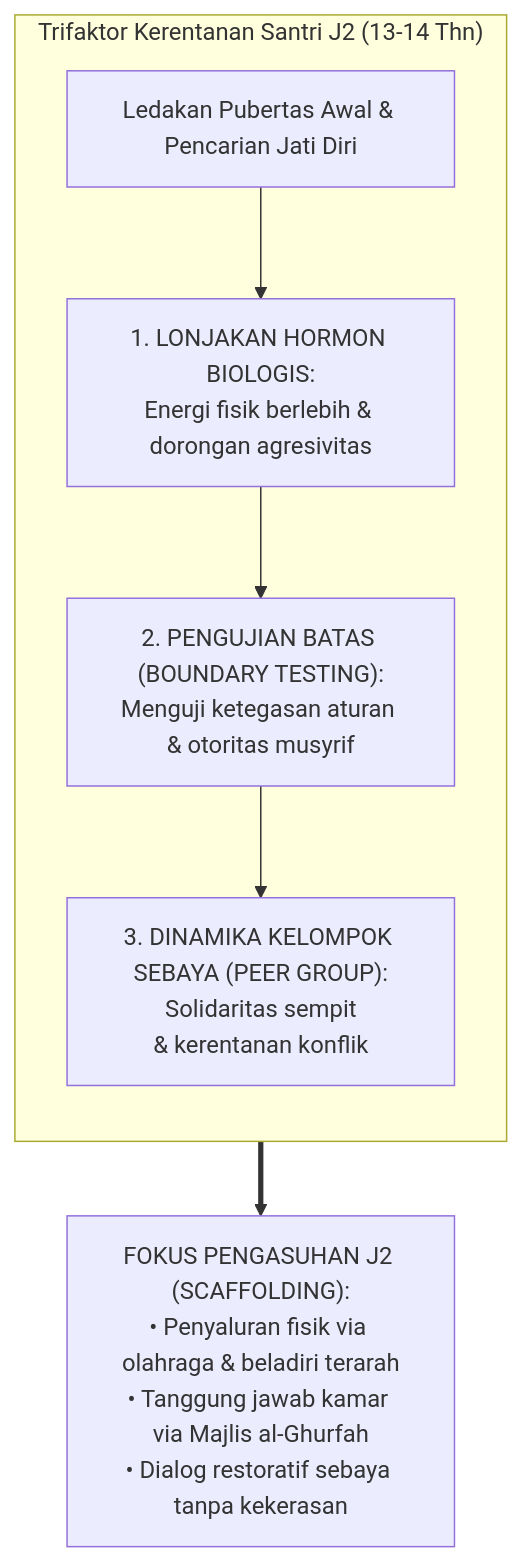
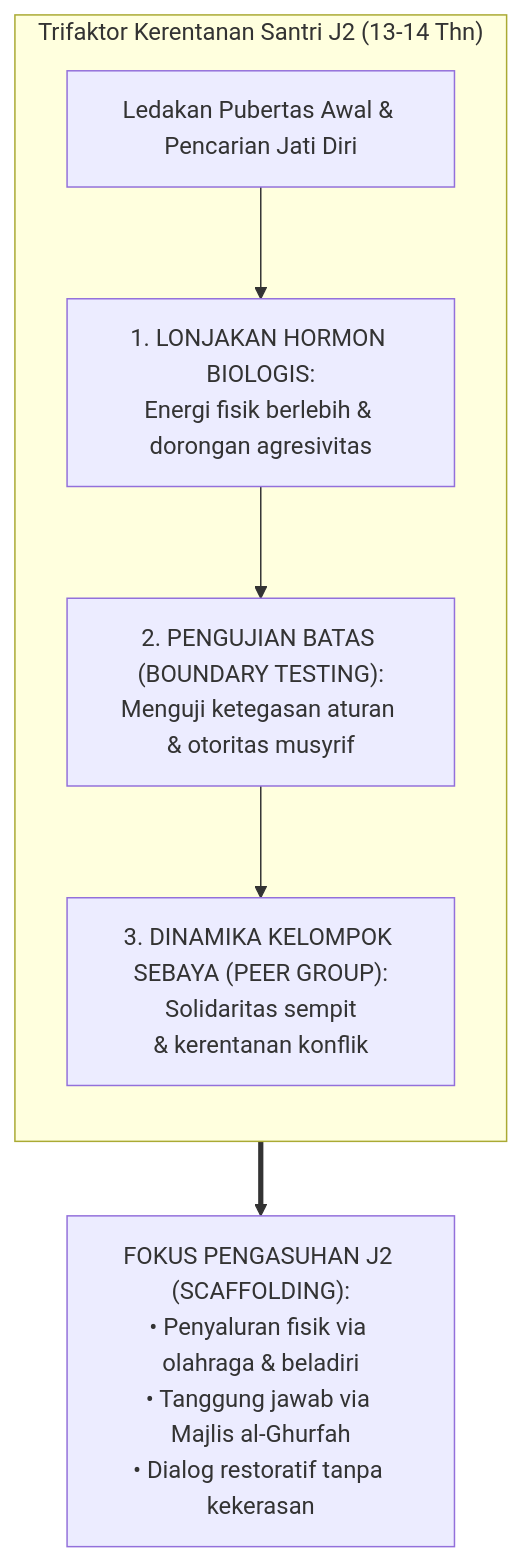
Before and after one commit to wandiapriliyandi/tumbuh: the second of 2 diagrams in BOOK Series 1/01-The-Fundamental-of-TUMBUH/Bab-13-Bedah-Jenjang-J1-dan-J2.md, drawn with Mermaid. The commit also changed 34 other files, not shown here.

Commit message:
fix(book-01): audit menyeluruh 20 bab, perapihan diagram dan sinkronisasi 100% catatan kaki

````diff
--- a/BOOK Series 1/01-The-Fundamental-of-TUMBUH/Bab-13-Bedah-Jenjang-J1-dan-J2.md
+++ b/BOOK Series 1/01-The-Fundamental-of-TUMBUH/Bab-13-Bedah-Jenjang-J1-dan-J2.md
@@ -121,12 +121,12 @@
 ```mermaid
 graph TD
     subgraph BADAI_PUBERTAS_J2["Trifaktor Kerentanan Santri J2 (13-14 Thn)"]
         direction TB
         P["Ledakan Pubertas Awal & Pencarian Jati Diri"]
         --> F1["1. LONJAKAN HORMON BIOLOGIS:<br/>Energi fisik berlebih & dorongan agresivitas"]
         --> F2["2. PENGUJIAN BATAS (BOUNDARY TESTING):<br/>Menguji ketegasan aturan & otoritas musyrif"]
         --> F3["3. DINAMIKA KELOMPOK SEBAYA (PEER GROUP):<br/>Solidaritas sempit<br/>& kerentanan konflik"]
     end
 
-    BADAI_PUBERTAS_J2 ==> STRATEGI_J2["FOKUS PENGASUHAN J2 (SCAFFOLDING):<br/>• Penyaluran fisik via olahraga & beladiri terarah<br/>• Tanggung jawab kamar via Majlis al-Ghurfah<br/>• Dialog restoratif sebaya tanpa kekerasan"]
+    BADAI_PUBERTAS_J2 ==> STRATEGI_J2["FOKUS PENGASUHAN J2 (SCAFFOLDING):<br/>• Penyaluran fisik via olahraga & beladiri<br/>• Tanggung jawab via Majlis al-Ghurfah<br/>• Dialog restoratif tanpa kekerasan"]
 ```
````
